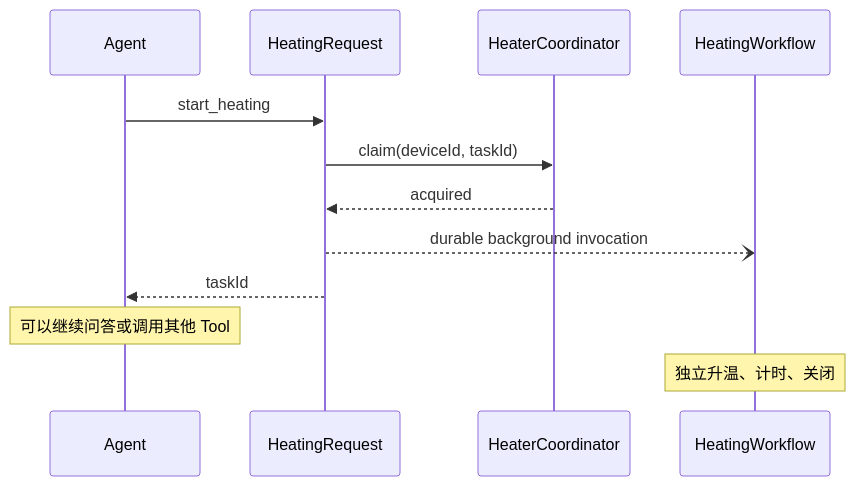
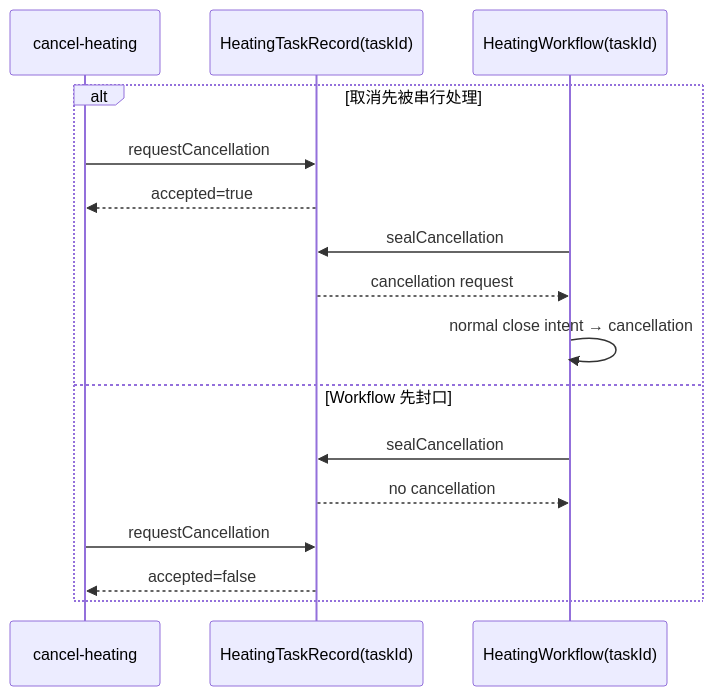
Before and after one commit to Priska997/voice-heating-lab-agent: the fifth of 5 diagrams in docs/system-design.zh-CN.md, drawn with Mermaid. The commit also changed other lines of this file and 27 other files, not shown here.

Commit message:
fix: harden durable heating orchestration

````diff
--- a/docs/system-design.zh-CN.md
+++ b/docs/system-design.zh-CN.md
@@ -41,15 +182,19 @@
 ```mermaid
 sequenceDiagram
-    participant Agent
-    participant Request as HeatingRequest
-    participant Lock as HeaterCoordinator
-    participant Workflow as HeatingWorkflow
+    participant C as cancel-heating
+    participant P as HeatingTaskRecord(taskId)
+    participant W as HeatingWorkflow(taskId)
 
-    Agent->>Request: start_heating
-    Request->>Lock: claim(deviceId, taskId)
-    Lock-->>Request: acquired
-    Request--)Workflow: durable background invocation
-    Request-->>Agent: taskId
-    Note over Agent: 可以继续问答或调用其他 Tool
-    Note over Workflow: 独立升温、计时、关闭
+    alt 取消先被串行处理
+        C->>P: requestCancellation
+        P-->>C: accepted=true
+        W->>P: sealCancellation
+        P-->>W: cancellation request
+        W->>W: normal close intent → cancellation
+    else Workflow 先封口
+        W->>P: sealCancellation
+        P-->>W: no cancellation
+        C->>P: requestCancellation
+        P-->>C: accepted=false
+    end
 ```
````
